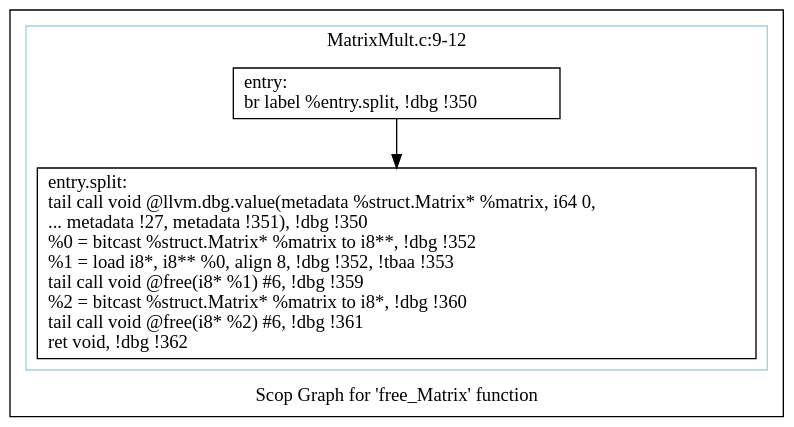
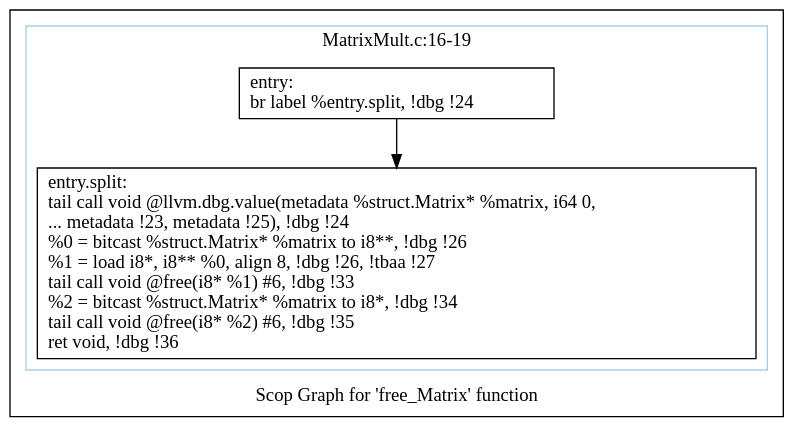
Before and after one commit to samminweng/WhileyOpenCL: the diagram in polly/MatrixMult/impl/autogenerate2/dot/scops.free_Matrix.dot, drawn with Graphviz. The commit also changed 152 other files, not shown here.

Commit message:
Re-analyzed 'CoinGame' and 'MatrixMult' test case with enabled 'outer-coincidence' Polly option

```diff
--- a/polly/MatrixMult/impl/autogenerate2/dot/scops.free_Matrix.dot
+++ b/polly/MatrixMult/impl/autogenerate2/dot/scops.free_Matrix.dot
@@ -1,16 +1,16 @@
 digraph "Scop Graph for 'free_Matrix' function" {
 	label="Scop Graph for 'free_Matrix' function";
 
-	Node0xa6e0c90 [shape=record,label="{entry:\l  br label %entry.split, !dbg !350\l}"];
-	Node0xa6e0c90 -> Node0xa695220;
-	Node0xa695220 [shape=record,label="{entry.split:                                      \l  tail call void @llvm.dbg.value(metadata %struct.Matrix* %matrix, i64 0,\l... metadata !27, metadata !351), !dbg !350\l  %0 = bitcast %struct.Matrix* %matrix to i8**, !dbg !352\l  %1 = load i8*, i8** %0, align 8, !dbg !352, !tbaa !353\l  tail call void @free(i8* %1) #6, !dbg !359\l  %2 = bitcast %struct.Matrix* %matrix to i8*, !dbg !360\l  tail call void @free(i8* %2) #6, !dbg !361\l  ret void, !dbg !362\l}"];
+	Node0xa5c1b00 [shape=record,label="{entry:\l  br label %entry.split, !dbg !24\l}"];
+	Node0xa5c1b00 -> Node0xa57e4c0;
+	Node0xa57e4c0 [shape=record,label="{entry.split:                                      \l  tail call void @llvm.dbg.value(metadata %struct.Matrix* %matrix, i64 0,\l... metadata !23, metadata !25), !dbg !24\l  %0 = bitcast %struct.Matrix* %matrix to i8**, !dbg !26\l  %1 = load i8*, i8** %0, align 8, !dbg !26, !tbaa !27\l  tail call void @free(i8* %1) #6, !dbg !33\l  %2 = bitcast %struct.Matrix* %matrix to i8*, !dbg !34\l  tail call void @free(i8* %2) #6, !dbg !35\l  ret void, !dbg !36\l}"];
 	colorscheme = "paired12"
-        subgraph cluster_0xa74cd30 {
-          label = "MatrixMult.c:9-12
+        subgraph cluster_0xa610840 {
+          label = "MatrixMult.c:16-19
 ";
           style = solid;
           color = 1
-          Node0xa6e0c90;
-          Node0xa695220;
+          Node0xa5c1b00;
+          Node0xa57e4c0;
         }
 }
```
